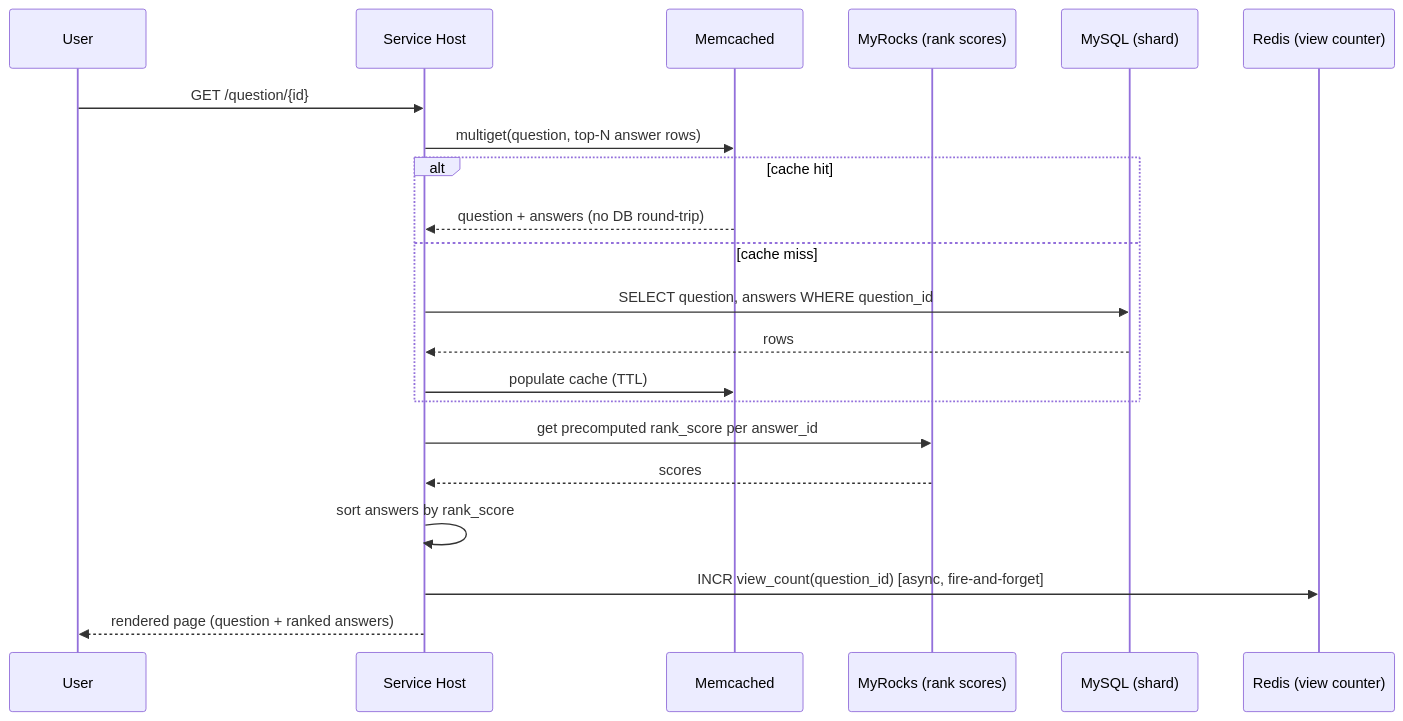
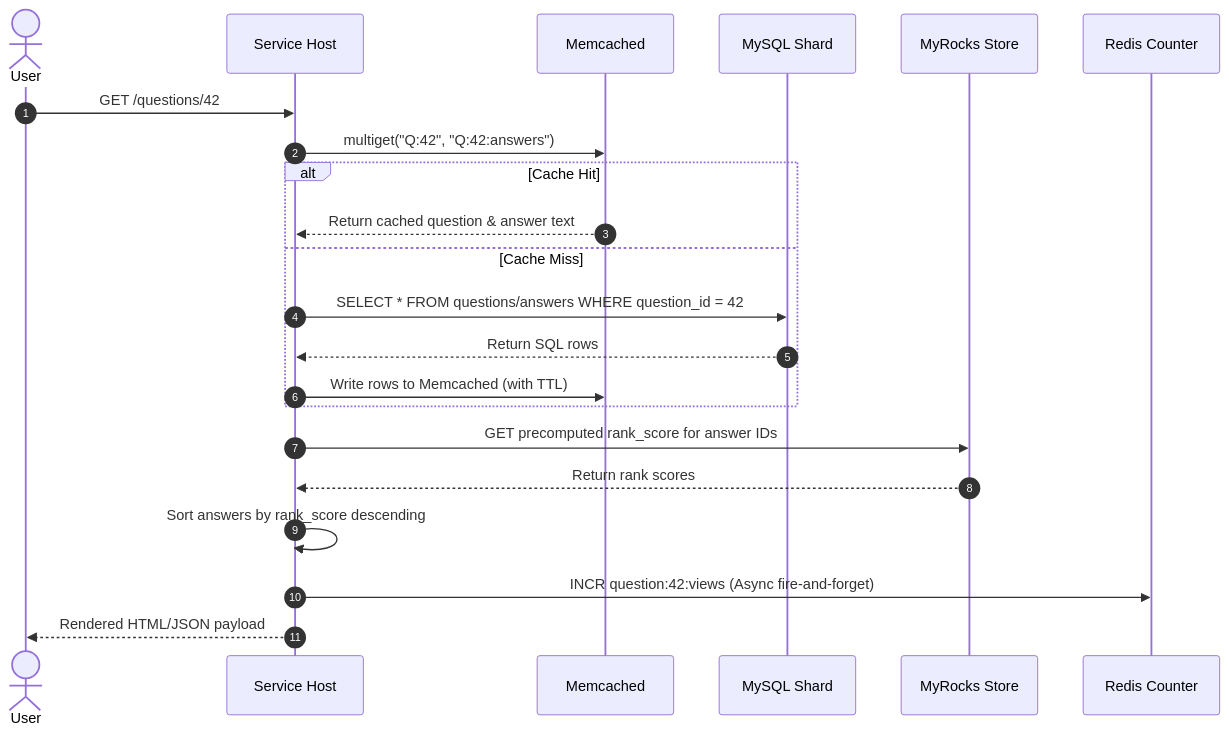
Diagram 13 of 18 in system-design/HLD/0-course/27-Design Quora-FAANG-Guide.md (riyaz-pasha/Learnings), drawn with Mermaid before and after one commit. The commit also changed other lines of this file and 1 other file, not shown here.

Commit message:
docs: simplify language, expand examples, and fix mermaid diagrams in Quora guide

````diff
--- a/system-design/HLD/0-course/27-Design Quora-FAANG-Guide.md
+++ b/system-design/HLD/0-course/27-Design Quora-FAANG-Guide.md
@@ -607,24 +628,28 @@
 ```mermaid
 sequenceDiagram
-    participant U as User
+    autonumber
+    actor U as User
     participant SH as Service Host
     participant Cache as Memcached
-    participant MyRocks as MyRocks (rank scores)
-    participant DB as MySQL (shard)
-    participant Redis as Redis (view counter)
+    participant DB as MySQL Shard
+    participant KV as MyRocks Store
+    participant Redis as Redis Counter
 
-    U->>SH: GET /question/{id}
-    SH->>Cache: multiget(question, top-N answer rows)
-    alt cache hit
-        Cache-->>SH: question + answers (no DB round-trip)
-    else cache miss
-        SH->>DB: SELECT question, answers WHERE question_id
-        DB-->>SH: rows
-        SH->>Cache: populate cache (TTL)
+    U->>SH: GET /questions/42
+    SH->>Cache: multiget("Q:42", "Q:42:answers")
+    
+    alt Cache Hit
+        Cache-->>SH: Return cached question & answer text
+    else Cache Miss
+        SH->>DB: SELECT * FROM questions/answers WHERE question_id = 42
+        DB-->>SH: Return SQL rows
+        SH->>Cache: Write rows to Memcached (with TTL)
     end
-    SH->>MyRocks: get precomputed rank_score per answer_id
-    MyRocks-->>SH: scores
-    SH->>SH: sort answers by rank_score
-    SH->>Redis: INCR view_count(question_id) [async, fire-and-forget]
-    SH-->>U: rendered page (question + ranked answers)
+    
+    SH->>KV: GET precomputed rank_score for answer IDs
+    KV-->>SH: Return rank scores
+    SH->>SH: Sort answers by rank_score descending
+    
+    SH->>Redis: INCR question:42:views (Async fire-and-forget)
+    SH-->>U: Rendered HTML/JSON payload
 ```
````
